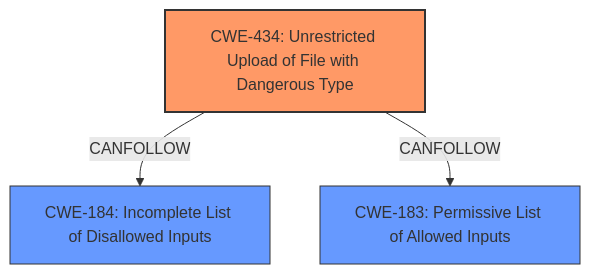
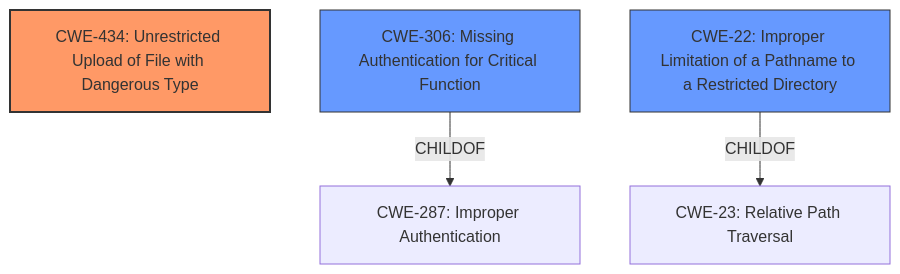
Before and after one commit to CyberSecAI/cwe_agent_assign_reports_2023: the first of 2 diagrams in CVE-2021-20022/CVE-2021-20022_analysis_with_relationships.md, drawn with Mermaid. The commit also changed other lines of this file and 902 other files, not shown here.

````diff
--- a/CVE-2021-20022/CVE-2021-20022_analysis_with_relationships.md
+++ b/CVE-2021-20022/CVE-2021-20022_analysis_with_relationships.md
@@ -16,14 +17,19 @@
 ```mermaid
 graph TD
     cwe434["CWE-434: Unrestricted Upload of File with Dangerous Type"]
-    cwe184["CWE-184: Incomplete List of Disallowed Inputs"]
-    cwe183["CWE-183: Permissive List of Allowed Inputs"]
+    cwe306["CWE-306: Missing Authentication for Critical Function"]
+    cwe22["CWE-22: Improper Limitation of a Pathname to a Restricted Directory"]
+    cwe287["CWE-287: Improper Authentication"]
+    cwe23["CWE-23: Relative Path Traversal"]
     
-    cwe434 -- CANFOLLOW --> cwe184
-    cwe434 -- CANFOLLOW --> cwe183
-    
+
+    cwe306 -->|CHILDOF| cwe287
+    cwe22 -->|CHILDOF| cwe23
+
     classDef primary fill:#f96,stroke:#333,stroke-width:2px
     classDef secondary fill:#69f,stroke:#333
+    classDef tertiary fill:#9e9,stroke:#333
     class cwe434 primary
-    class cwe184,cwe183 secondary
+    class cwe306,cwe22 secondary
+
 ```
````
